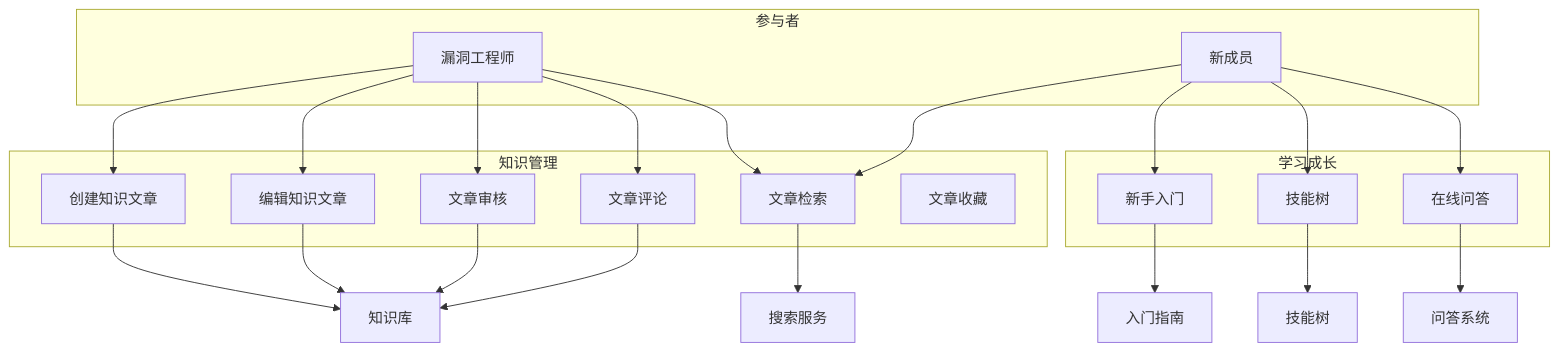
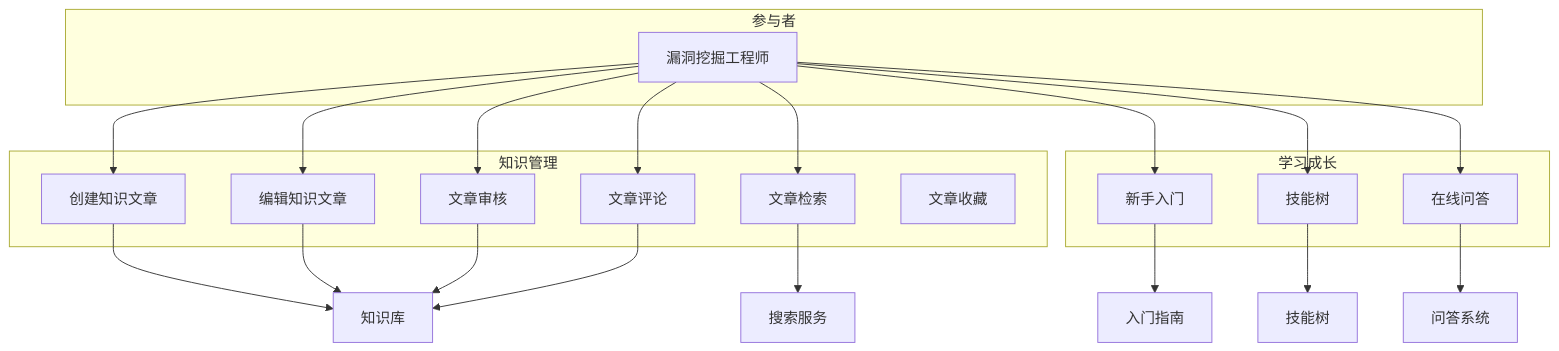
One commit to dayutech/Vuln-Audit-Lifecycle-Management changed the eighth of 8 diagrams in docs/design/use_case.md. Above: the diagram before and after it, drawn with Mermaid. The commit also changed other lines of this file and 11 other files, not shown here.

````diff
--- a/docs/design/use_case.md
+++ b/docs/design/use_case.md
@@ -412,42 +407,39 @@
 ```mermaid
 graph TD
     subgraph Actor["参与者"]
-        Engineer["漏洞工程师"]
-        NewMember["新成员"]
+        Engineer["漏洞挖掘工程师"]
     end
 
     subgraph Knowledge_Management["知识管理"]
         UC1["创建知识文章"]
         UC2["编辑知识文章"]
         UC3["文章审核"]
         UC4["文章检索"]
         UC5["文章评论"]
         UC6["文章收藏"]
     end
 
     subgraph Learning["学习成长"]
         UC7["新手入门"]
         UC8["技能树"]
         UC9["在线问答"]
     end
     
     Engineer --> UC1
     Engineer --> UC2
     Engineer --> UC3
     Engineer --> UC4
     Engineer --> UC5
-    
-    NewMember --> UC4
-    NewMember --> UC7
-    NewMember --> UC8
-    NewMember --> UC9
+    Engineer --> UC7
+    Engineer --> UC8
+    Engineer --> UC9
     
     UC1 --> KB["知识库"]
     UC2 --> KB
     UC3 --> KB
     UC4 --> Search["搜索服务"]
     UC5 --> KB
     UC7 --> Guide["入门指南"]
     UC8 --> SkillTree["技能树"]
     UC9 --> QNA["问答系统"]
 ```
````
